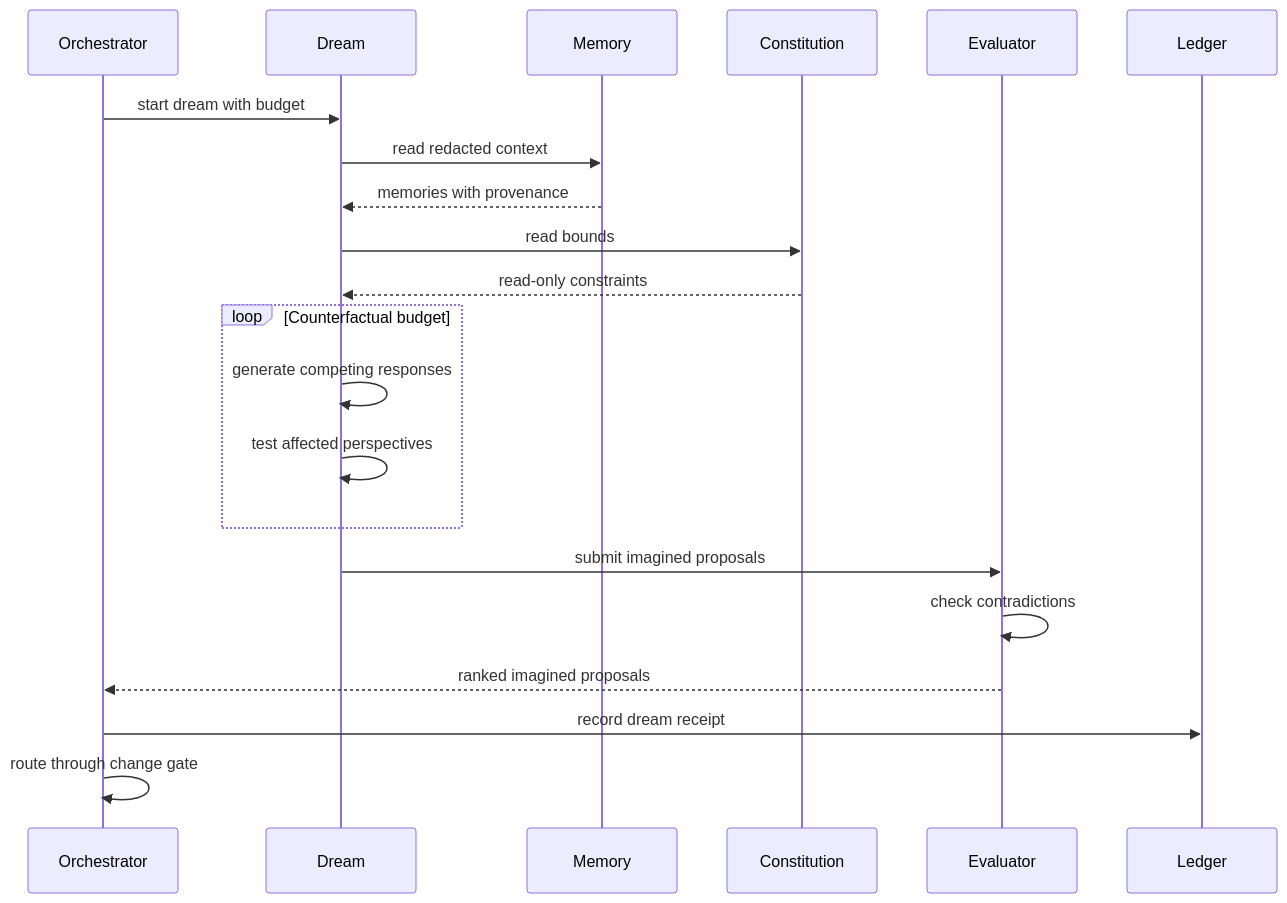
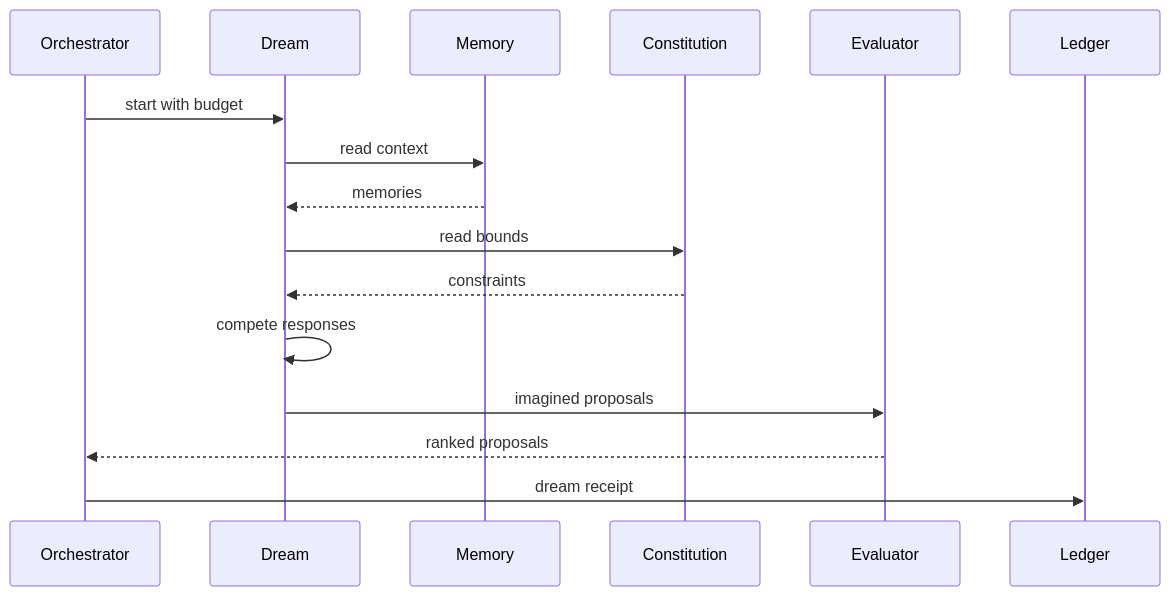
Before and after one commit to Azhonaras/soul-engine: the fourth of 8 diagrams in docs/ARCHITECTURE.md, drawn with Mermaid. The commit also changed other lines of this file and 4 other files, not shown here.

First line of the commit message:
docs: stop Mermaid labels from overlapping on GitHub.

````diff
--- a/docs/ARCHITECTURE.md
+++ b/docs/ARCHITECTURE.md
@@ -241,24 +212,19 @@
 ```mermaid
 sequenceDiagram
     participant Orchestrator
     participant Dream
     participant Memory
     participant Constitution
     participant Evaluator
     participant Ledger
 
-    Orchestrator->>Dream: start dream with budget
-    Dream->>Memory: read redacted context
-    Memory-->>Dream: memories with provenance
+    Orchestrator->>Dream: start with budget
+    Dream->>Memory: read context
+    Memory-->>Dream: memories
     Dream->>Constitution: read bounds
-    Constitution-->>Dream: read-only constraints
-    loop Counterfactual budget
-        Dream->>Dream: generate competing responses
-        Dream->>Dream: test affected perspectives
-    end
-    Dream->>Evaluator: submit imagined proposals
-    Evaluator->>Evaluator: check contradictions
-    Evaluator-->>Orchestrator: ranked imagined proposals
-    Orchestrator->>Ledger: record dream receipt
-    Orchestrator->>Orchestrator: route through change gate
+    Constitution-->>Dream: constraints
+    Dream->>Dream: compete responses
+    Dream->>Evaluator: imagined proposals
+    Evaluator-->>Orchestrator: ranked proposals
+    Orchestrator->>Ledger: dream receipt
 ```
````
